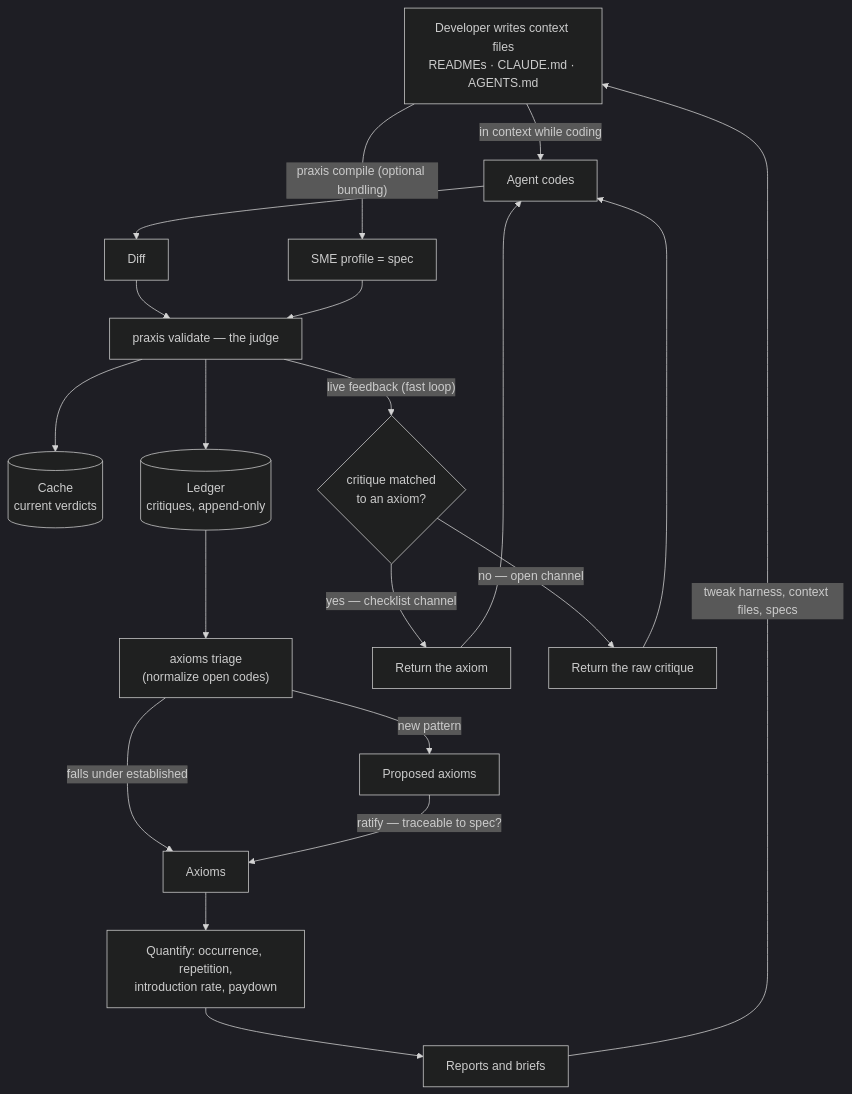
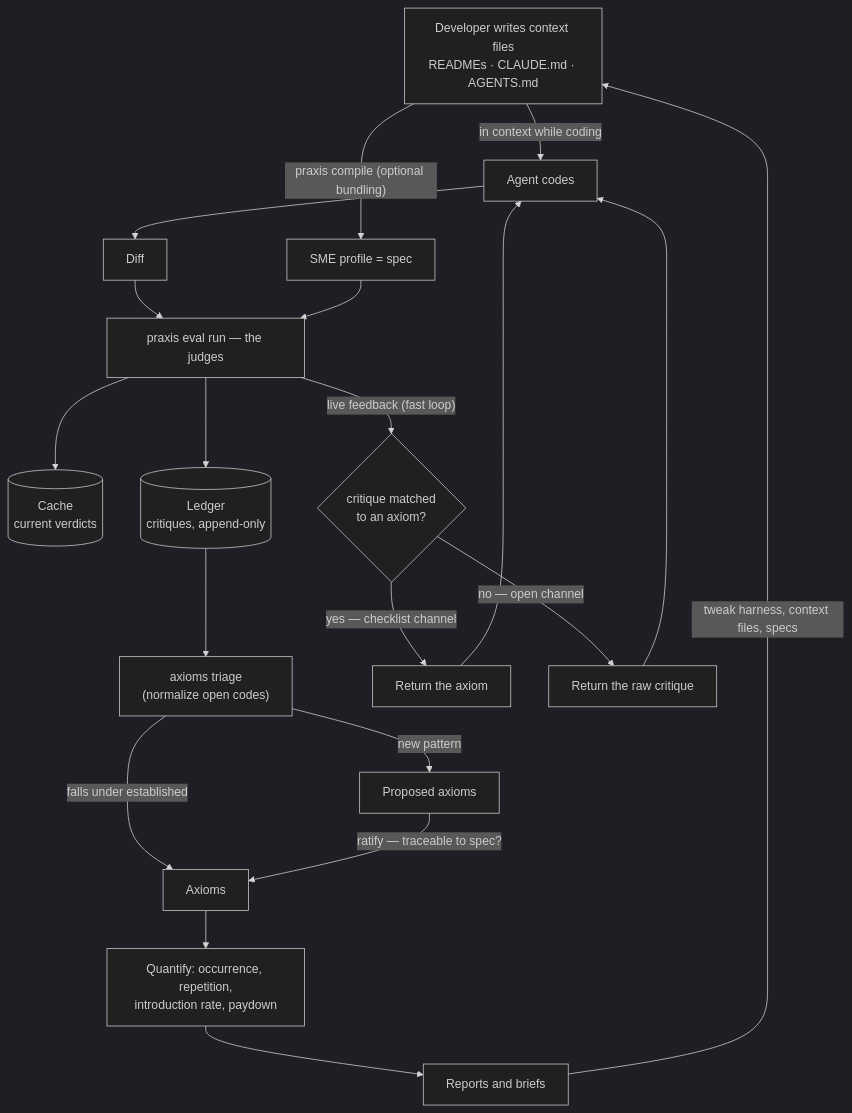
The diagram in praxis_v2_specs/README.md (zarpay/praxis-cli), drawn with Mermaid (dark theme) before and after one commit. The commit also changed other lines of this file and 7 other files, not shown here.

First line of the commit message:
docs: settle Praxis terminology — judge, target, expert/practice, eval family

````diff
--- a/praxis_v2_specs/README.md
+++ b/praxis_v2_specs/README.md
@@ -21,23 +21,23 @@
 ```mermaid
 flowchart TD
     DEV["Developer writes context files<br/>READMEs · CLAUDE.md · AGENTS.md"]
     DEV -->|"in context while coding"| AGENT["Agent codes"]
     DEV -->|"praxis compile (optional bundling)"| SME["SME profile = spec"]
     AGENT --> DIFF["Diff"]
-    DIFF --> VAL["praxis validate — the judge"]
+    DIFF --> VAL["praxis eval run — the judges"]
     SME --> VAL
     VAL --> CACHE[("Cache<br/>current verdicts")]
     VAL --> LEDGER[("Ledger<br/>critiques, append-only")]
     LEDGER --> TRIAGE["axioms triage<br/>(normalize open codes)"]
     TRIAGE -->|"falls under established"| AX["Axioms"]
     TRIAGE -->|"new pattern"| PROP["Proposed axioms"]
     PROP -->|"ratify — traceable to spec?"| AX
     AX --> METRICS["Quantify: occurrence, repetition,<br/>introduction rate, paydown"]
     METRICS --> INSIGHT["Reports and briefs"]
     INSIGHT -->|"tweak harness, context files, specs"| DEV
     VAL -->|"live feedback (fast loop)"| FB{"critique matched<br/>to an axiom?"}
     FB -->|"yes — checklist channel"| FBAX["Return the axiom"]
     FB -->|"no — open channel"| FBRAW["Return the raw critique"]
     FBAX --> AGENT
     FBRAW --> AGENT
 ```
````
